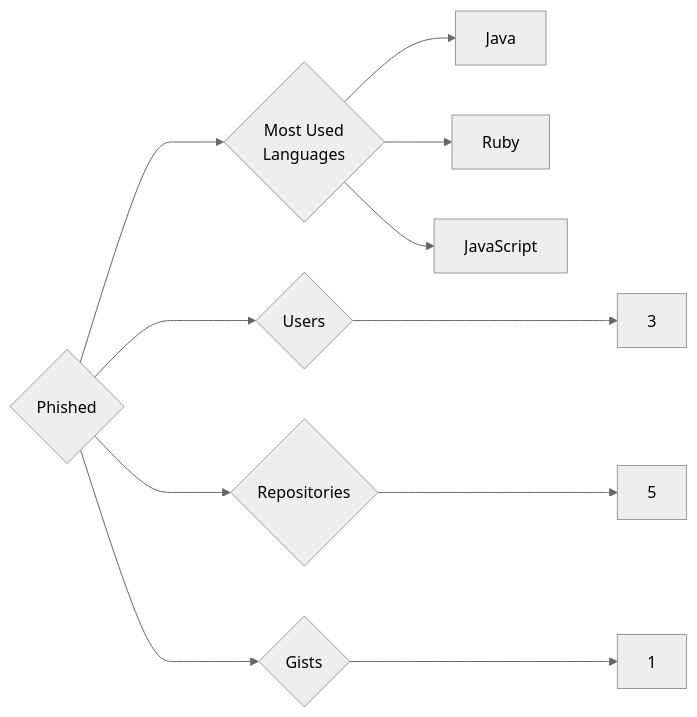
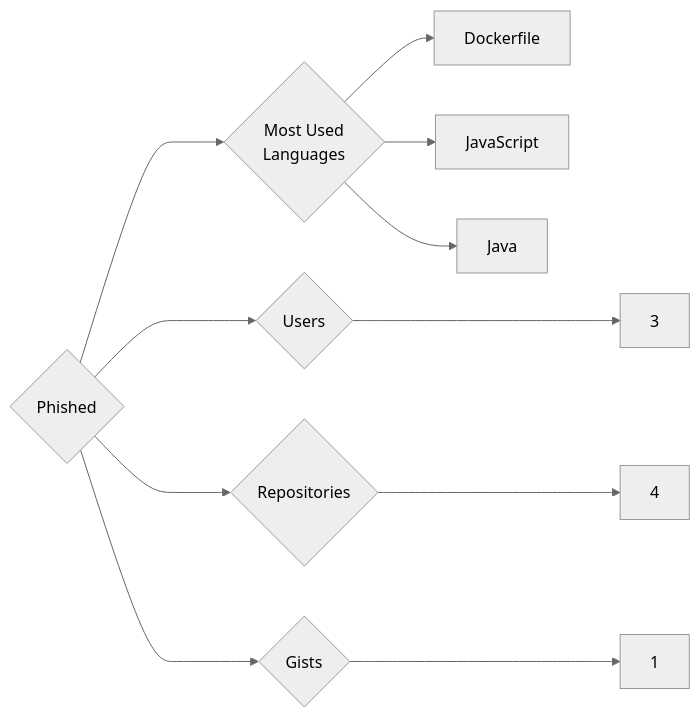
The diagram in targets/Phished/README.md (trickest/insiders), drawn with Mermaid (neutral theme) before and after one commit. The commit also changed 1496 other files, not shown here.

````diff
--- a/targets/Phished/README.md
+++ b/targets/Phished/README.md
@@ -3,11 +3,11 @@
 ```mermaid
 graph LR
 COMPANY_NAME{Phished}
 COMPANY_NAME ---> U{Users} ---> UN[3]
-COMPANY_NAME ---> R{Repositories} ---> RN[5]
+COMPANY_NAME ---> R{Repositories} ---> RN[4]
 COMPANY_NAME ---> G{Gists} ---> GN[1]
 COMPANY_NAME ---> ML{Most Used<br>Languages}
+ML --> Dockerfile[Dockerfile]
+ML --> JavaScript[JavaScript]
 ML --> Java[Java]
-ML --> Ruby[Ruby]
-ML --> JavaScript[JavaScript]
 ```
````
